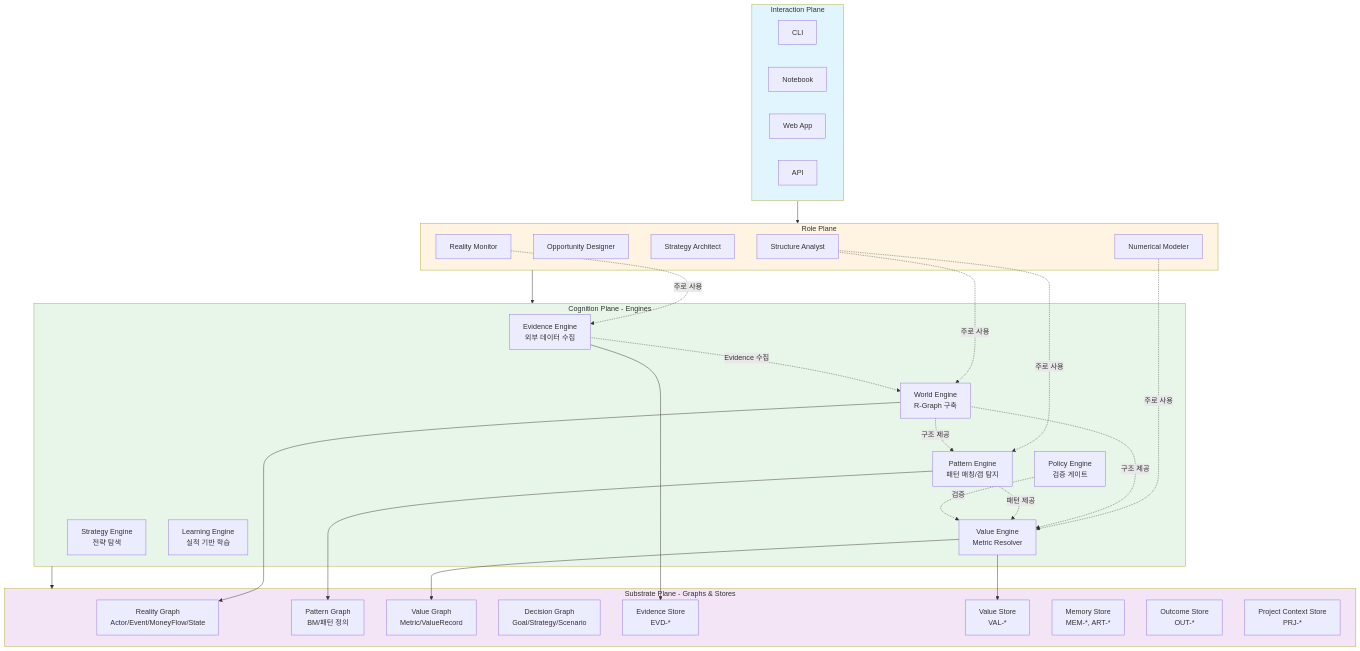
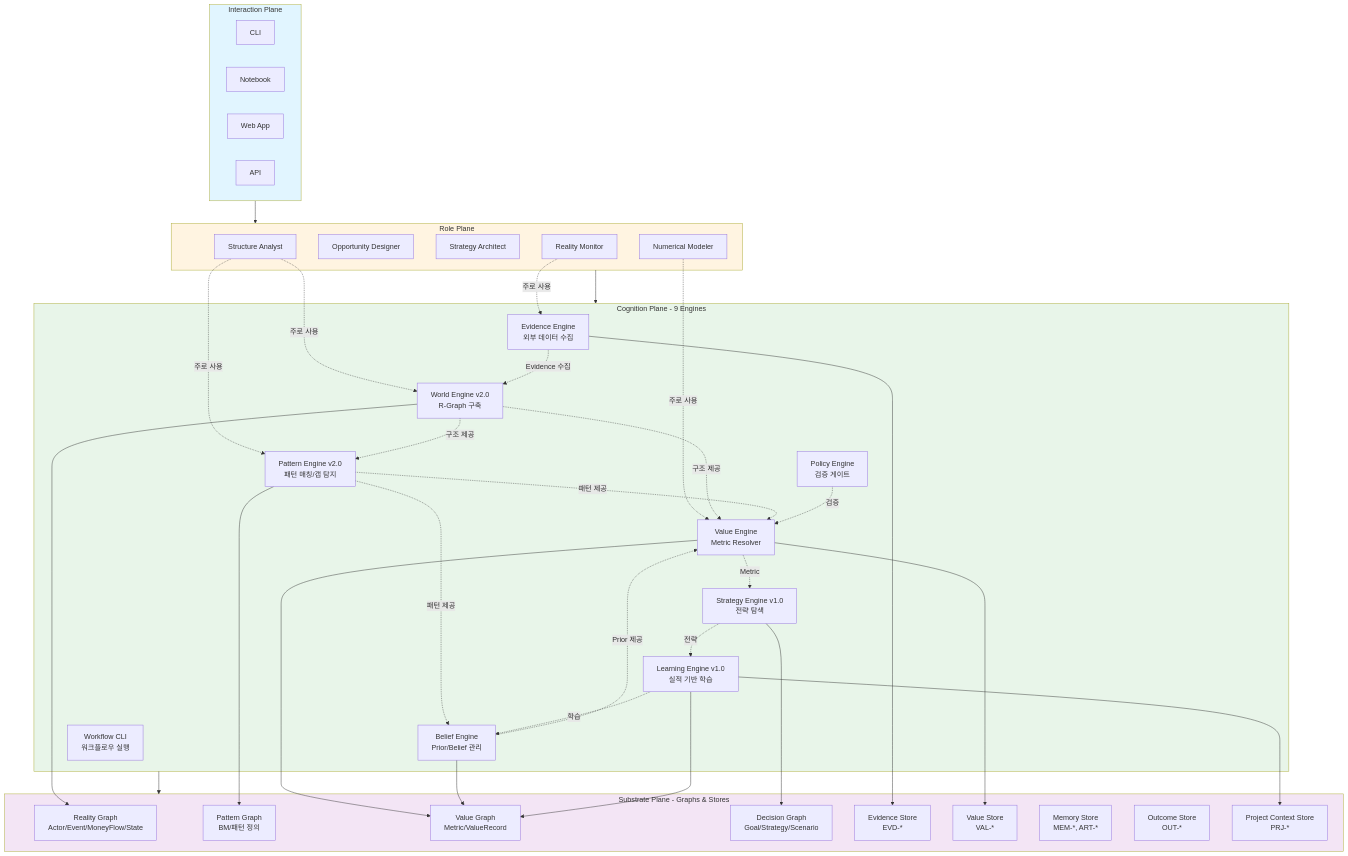
Before and after one commit to kangminlee-maker/cmis-v2: the first of 15 diagrams in dev/docs/implementation/CMIS_Structure_Analysis_Diagrams.md, drawn with Mermaid. The commit also changed other lines of this file and 154 other files, not shown here.

First line of the commit message:
feat: BeliefEngine v1.0 완성 - CMIS 100% 달성

````diff
--- a/dev/docs/implementation/CMIS_Structure_Analysis_Diagrams.md
+++ b/dev/docs/implementation/CMIS_Structure_Analysis_Diagrams.md
@@ -17,66 +28,77 @@
 ```mermaid
 graph TB
     subgraph IP[Interaction Plane]
         CLI[CLI]
         NB[Notebook]
         WEB[Web App]
         API[API]
     end
 
     subgraph RP[Role Plane]
         SA[Structure Analyst]
         OD[Opportunity Designer]
         STR[Strategy Architect]
         NM[Numerical Modeler]
         RM[Reality Monitor]
     end
 
-    subgraph CP[Cognition Plane - Engines]
+    subgraph CP[Cognition Plane - 9 Engines]
         EE[Evidence Engine<br/>외부 데이터 수집]
-        WE[World Engine<br/>R-Graph 구축]
-        PE[Pattern Engine<br/>패턴 매칭/갭 탐지]
+        WE[World Engine v2.0<br/>R-Graph 구축]
+        PE[Pattern Engine v2.0<br/>패턴 매칭/갭 탐지]
         VE[Value Engine<br/>Metric Resolver]
-        SE[Strategy Engine<br/>전략 탐색]
-        LE[Learning Engine<br/>실적 기반 학습]
+        BE[Belief Engine<br/>Prior/Belief 관리]
+        SE[Strategy Engine v1.0<br/>전략 탐색]
+        LE[Learning Engine v1.0<br/>실적 기반 학습]
         POL[Policy Engine<br/>검증 게이트]
+        WF[Workflow CLI<br/>워크플로우 실행]
     end
 
     subgraph SP[Substrate Plane - Graphs & Stores]
         RG[Reality Graph<br/>Actor/Event/MoneyFlow/State]
         PG[Pattern Graph<br/>BM/패턴 정의]
         VG[Value Graph<br/>Metric/ValueRecord]
         DG[Decision Graph<br/>Goal/Strategy/Scenario]
         
         EVS[Evidence Store<br/>EVD-*]
         VLS[Value Store<br/>VAL-*]
         MEM[Memory Store<br/>MEM-*, ART-*]
         OUT[Outcome Store<br/>OUT-*]
         PCS[Project Context Store<br/>PRJ-*]
     end
 
     IP --> RP
     RP --> CP
     CP --> SP
 
     SA -.주로 사용.-> WE
     SA -.주로 사용.-> PE
     NM -.주로 사용.-> VE
     RM -.주로 사용.-> EE
 
     EE --> EVS
     WE --> RG
     PE --> PG
     VE --> VG
     VE --> VLS
+    BE --> VG
+    SE --> DG
+    LE --> VG
+    LE --> PCS
     
     EE -.Evidence 수집.-> WE
     WE -.구조 제공.-> PE
     WE -.구조 제공.-> VE
     PE -.패턴 제공.-> VE
+    PE -.패턴 제공.-> BE
+    BE -.Prior 제공.-> VE
+    VE -.Metric.-> SE
+    SE -.전략.-> LE
+    LE -.학습.-> BE
     POL -.검증.-> VE
 
     style IP fill:#e1f5ff
     style RP fill:#fff4e1
     style CP fill:#e8f5e9
     style SP fill:#f3e5f5
 ```
````
